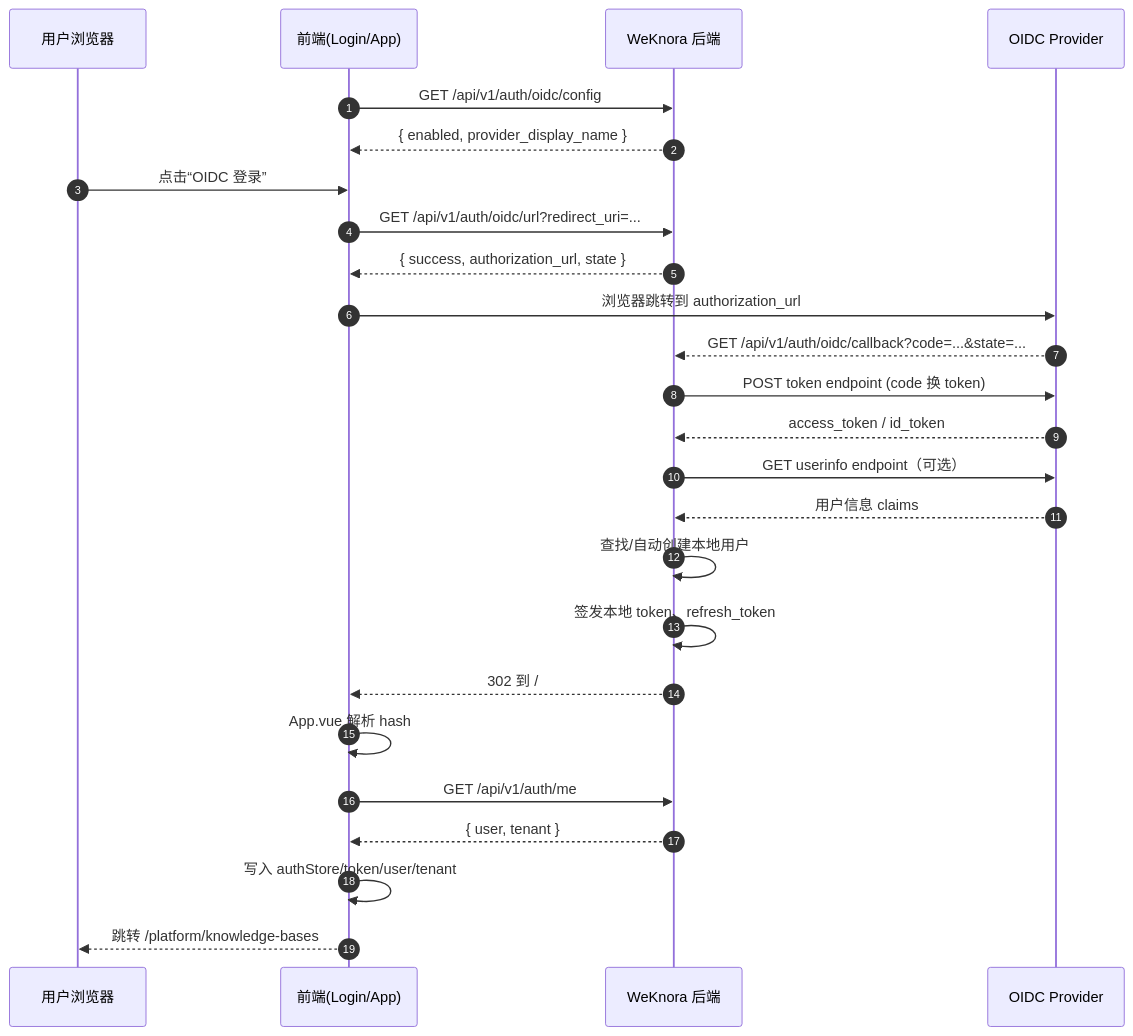
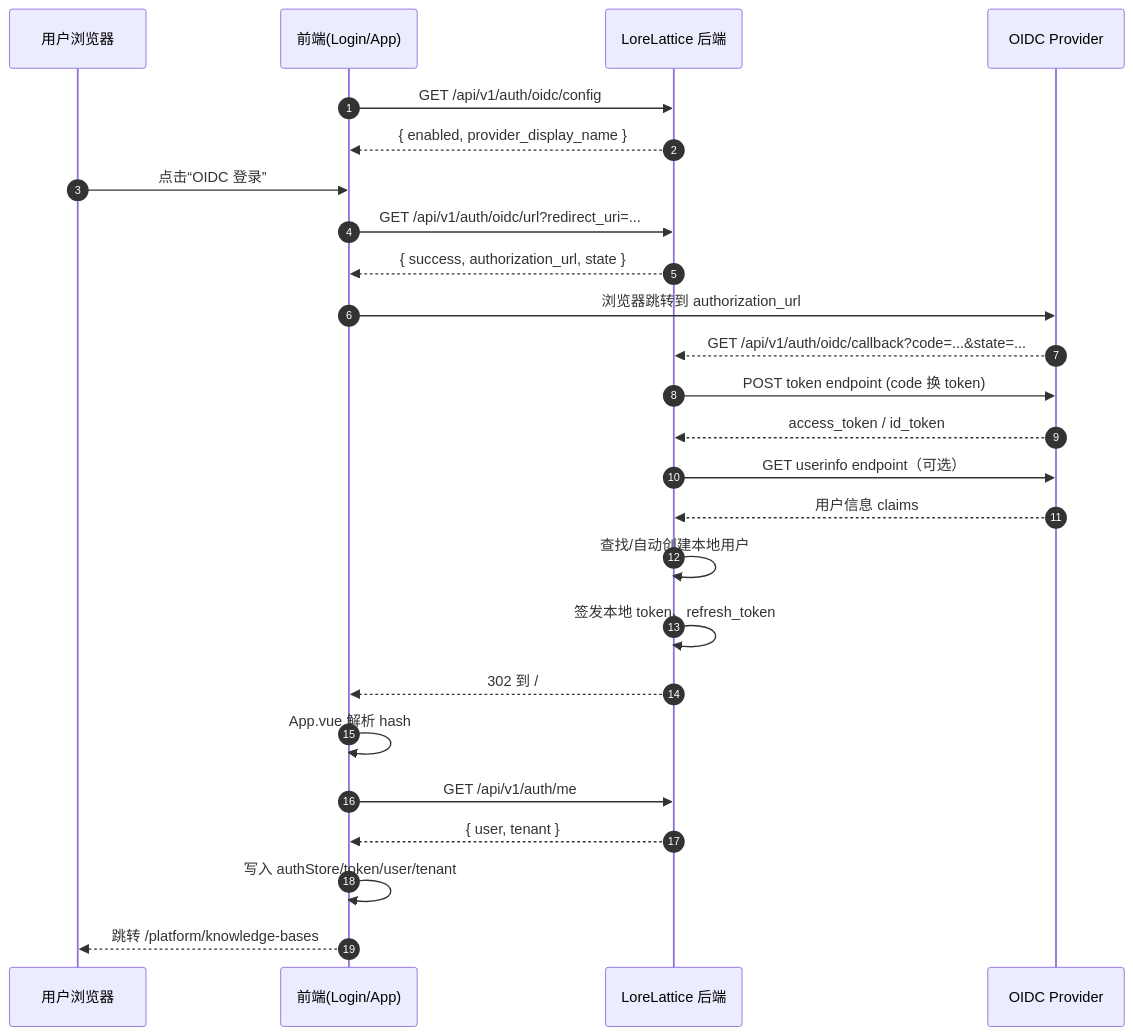
One commit to Pototoooo/LoreLattice changed the first of 2 diagrams in docs/OIDC认证调用流程.md. Above: the diagram before and after it, drawn with Mermaid. The commit also changed other lines of this file and 1462 other files, not shown here.

Commit message:
chore: rename project to LoreLattice

````diff
--- a/docs/OIDC认证调用流程.md
+++ b/docs/OIDC认证调用流程.md
@@ -69,32 +69,32 @@
 ```mermaid
 sequenceDiagram
     autonumber
     participant U as 用户浏览器
     participant FE as 前端(Login/App)
-    participant BE as WeKnora 后端
+    participant BE as LoreLattice 后端
     participant OP as OIDC Provider
 
     FE->>BE: GET /api/v1/auth/oidc/config
     BE-->>FE: { enabled, provider_display_name }
 
     U->>FE: 点击“OIDC 登录”
     FE->>BE: GET /api/v1/auth/oidc/url?redirect_uri=...
     BE-->>FE: { success, authorization_url, state }
     FE->>OP: 浏览器跳转到 authorization_url
 
     OP-->>BE: GET /api/v1/auth/oidc/callback?code=...&state=...
     BE->>OP: POST token endpoint (code 换 token)
     OP-->>BE: access_token / id_token
     BE->>OP: GET userinfo endpoint（可选）
     OP-->>BE: 用户信息 claims
 
     BE->>BE: 查找/自动创建本地用户
     BE->>BE: 签发本地 token、refresh_token
     BE-->>FE: 302 到 /#oidc_result=...
 
     FE->>FE: App.vue 解析 hash
     FE->>BE: GET /api/v1/auth/me
     BE-->>FE: { user, tenant }
     FE->>FE: 写入 authStore/token/user/tenant
     FE-->>U: 跳转 /platform/knowledge-bases
 ```
````
